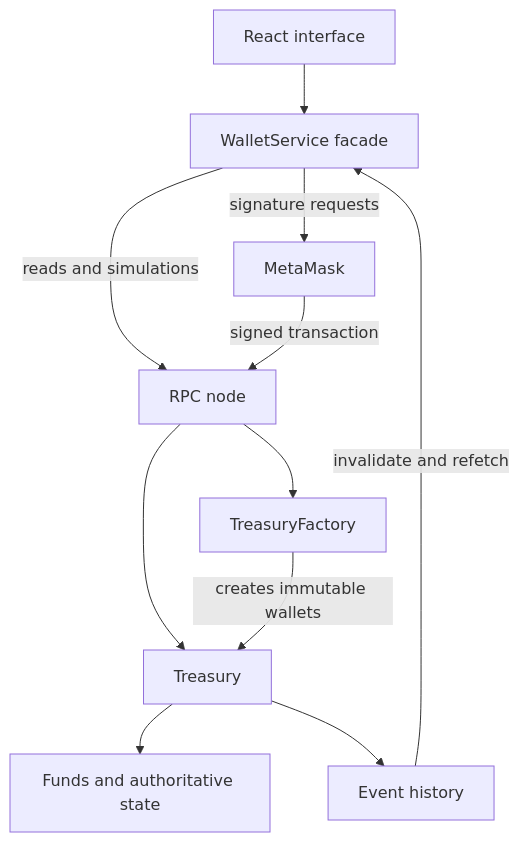
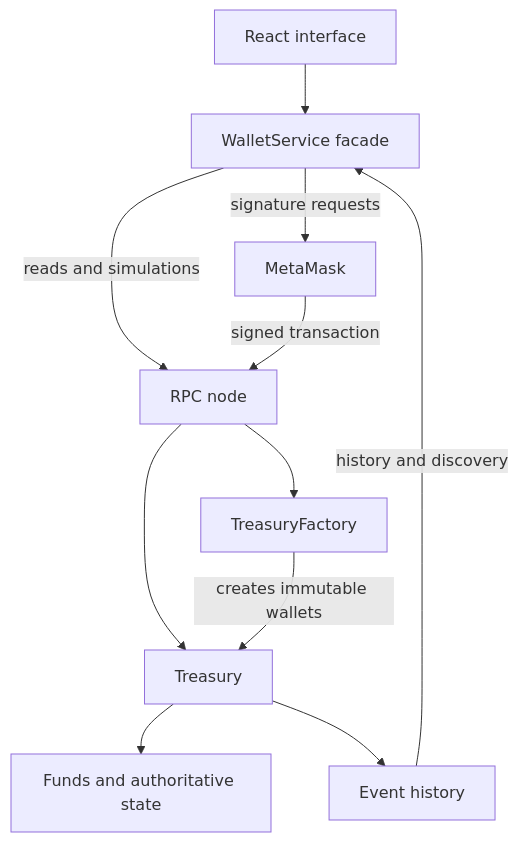
One commit to PlasmaZero/damd-treasury-wallet changed the first of 9 diagrams in docs/ARCHITECTURE.md. Above: the diagram before and after it, drawn with Mermaid. The commit also changed other lines of this file, not shown here.

Commit message:
fix architecture diagram

````diff
--- a/docs/ARCHITECTURE.md
+++ b/docs/ARCHITECTURE.md
@@ -14,13 +19,13 @@
 ```mermaid
 flowchart TD
   React["React interface"] --> Service["WalletService facade"]
   Service -->|"reads and simulations"| RPC["RPC node"]
   Service -->|"signature requests"| MetaMask["MetaMask"]
   MetaMask -->|"signed transaction"| RPC
   RPC --> Factory["TreasuryFactory"]
   RPC --> Treasury["Treasury"]
   Factory -->|"creates immutable wallets"| Treasury
   Treasury --> State["Funds and authoritative state"]
   Treasury --> Events["Event history"]
-  Events -->|"invalidate and refetch"| Service
+  Events -->|"history and discovery"| Service
 ```
````
